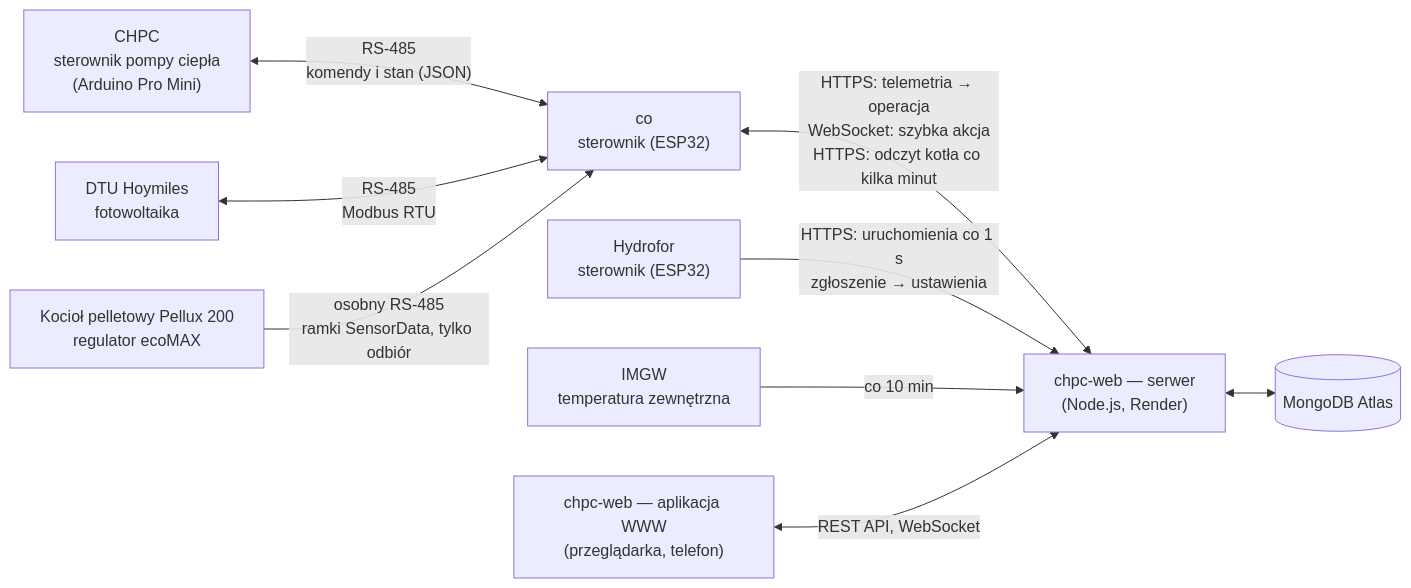
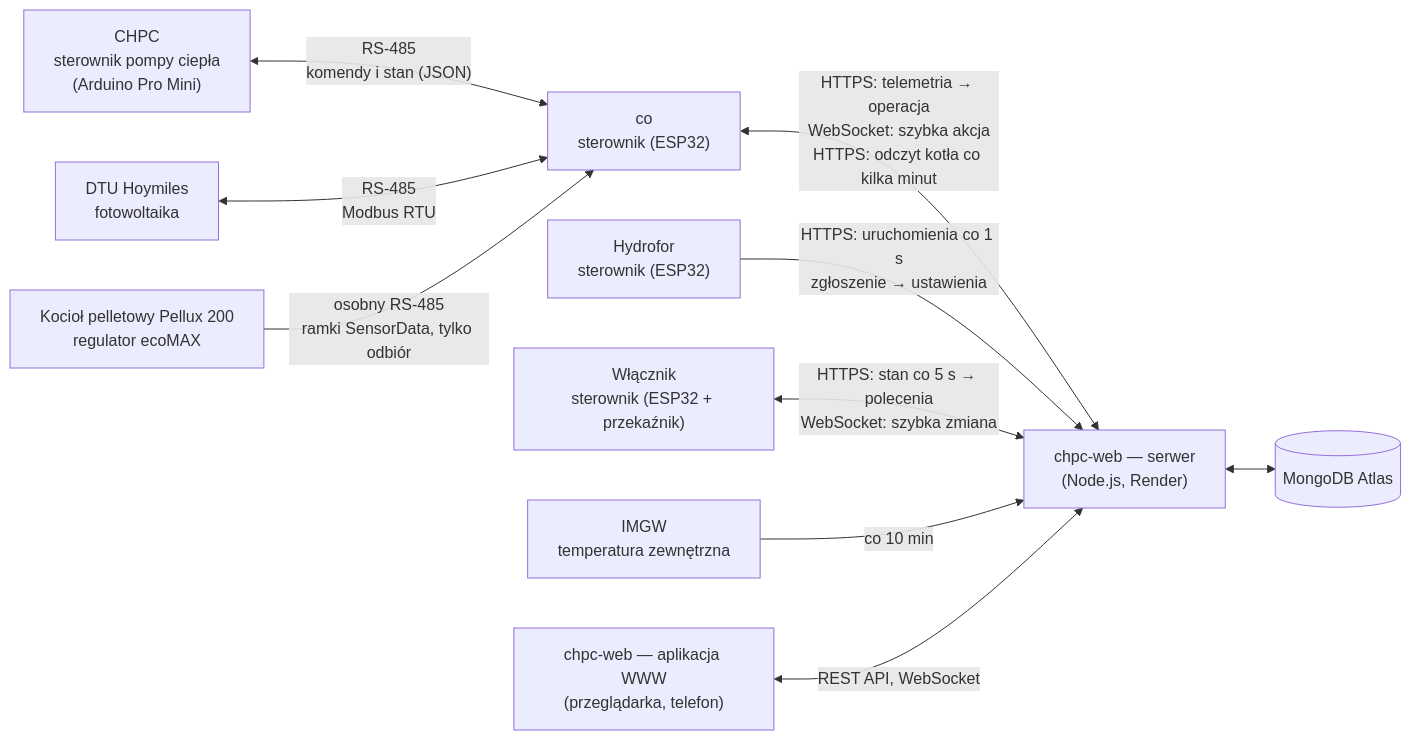
The diagram in docs/README.md (robertorlowski/chpc-web), drawn with Mermaid before and after one commit. The commit also changed other lines of this file and 27 other files, not shown here.

````diff
--- a/docs/README.md
+++ b/docs/README.md
@@ -16,21 +17,23 @@
 ```mermaid
 flowchart LR
     CHPC["CHPC<br/>sterownik pompy ciepła<br/>(Arduino Pro Mini)"]
     DTU["DTU Hoymiles<br/>fotowoltaika"]
     CO["co<br/>sterownik (ESP32)"]
     ECO["Kocioł pelletowy Pellux 200<br/>regulator ecoMAX"]
     HYD["Hydrofor<br/>sterownik (ESP32)"]
+    SW["Włącznik<br/>sterownik (ESP32 + przekaźnik)"]
     SRV["chpc-web — serwer<br/>(Node.js, Render)"]
     DB[("MongoDB Atlas")]
     WEB["chpc-web — aplikacja WWW<br/>(przeglądarka, telefon)"]
     IMGW["IMGW<br/>temperatura zewnętrzna"]
 
     CHPC <-- "RS-485<br/>komendy i stan (JSON)" --> CO
     DTU <-- "RS-485<br/>Modbus RTU" --> CO
     ECO -- "osobny RS-485<br/>ramki SensorData, tylko odbiór" --> CO
     CO <-- "HTTPS: telemetria → operacja<br/>WebSocket: szybka akcja<br/>HTTPS: odczyt kotła co kilka minut" --> SRV
     HYD -- "HTTPS: uruchomienia co 1 s<br/>zgłoszenie → ustawienia" --> SRV
+    SW <-- "HTTPS: stan co 5 s → polecenia<br/>WebSocket: szybka zmiana" --> SRV
     IMGW -- "co 10 min" --> SRV
     SRV <--> DB
     WEB <-- "REST API, WebSocket" --> SRV
 ```
````
